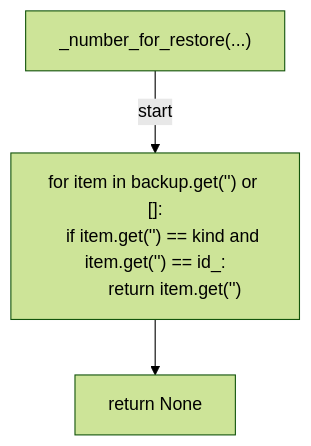
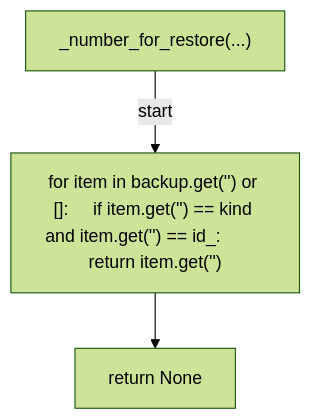
Diagram 17 of 19 in docs/generated/scripts/ast/sanitize_history.md (tvna/claude-md), drawn with Mermaid (forest theme) before and after one commit. The commit also changed other lines of this file and 29 other files, not shown here.

First line of the commit message:
docs(generated): regenerate decision tree and workflow diagrams (batch 3/5)

````diff
--- a/docs/generated/scripts/ast/sanitize_history.md
+++ b/docs/generated/scripts/ast/sanitize_history.md
@@ -369,10 +318,8 @@
 ```mermaid
 flowchart TD
     N001["_number_for_restore(...)"]
-    N002["for item in backup.get('<str>') or []:
-    if item.get('<str>') == kind and item.get('<str>') == id_:
-        return item.get('<str>')"]
+    N002["for item in backup.get('<str>') or []:     if item.get('<str>') == kind and item.get('<str>') == id_:         return item.get('<str>')"]
     N003["return None"]
     N001 -->|"start"| N002
     N002 --> N003
 ```
````
